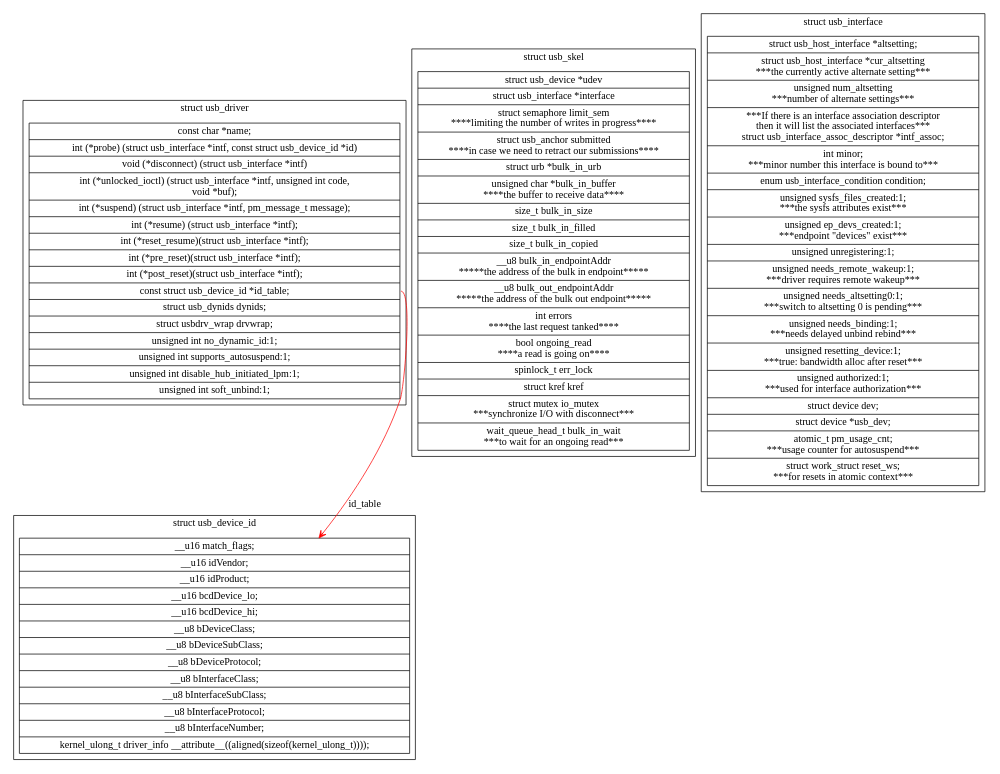
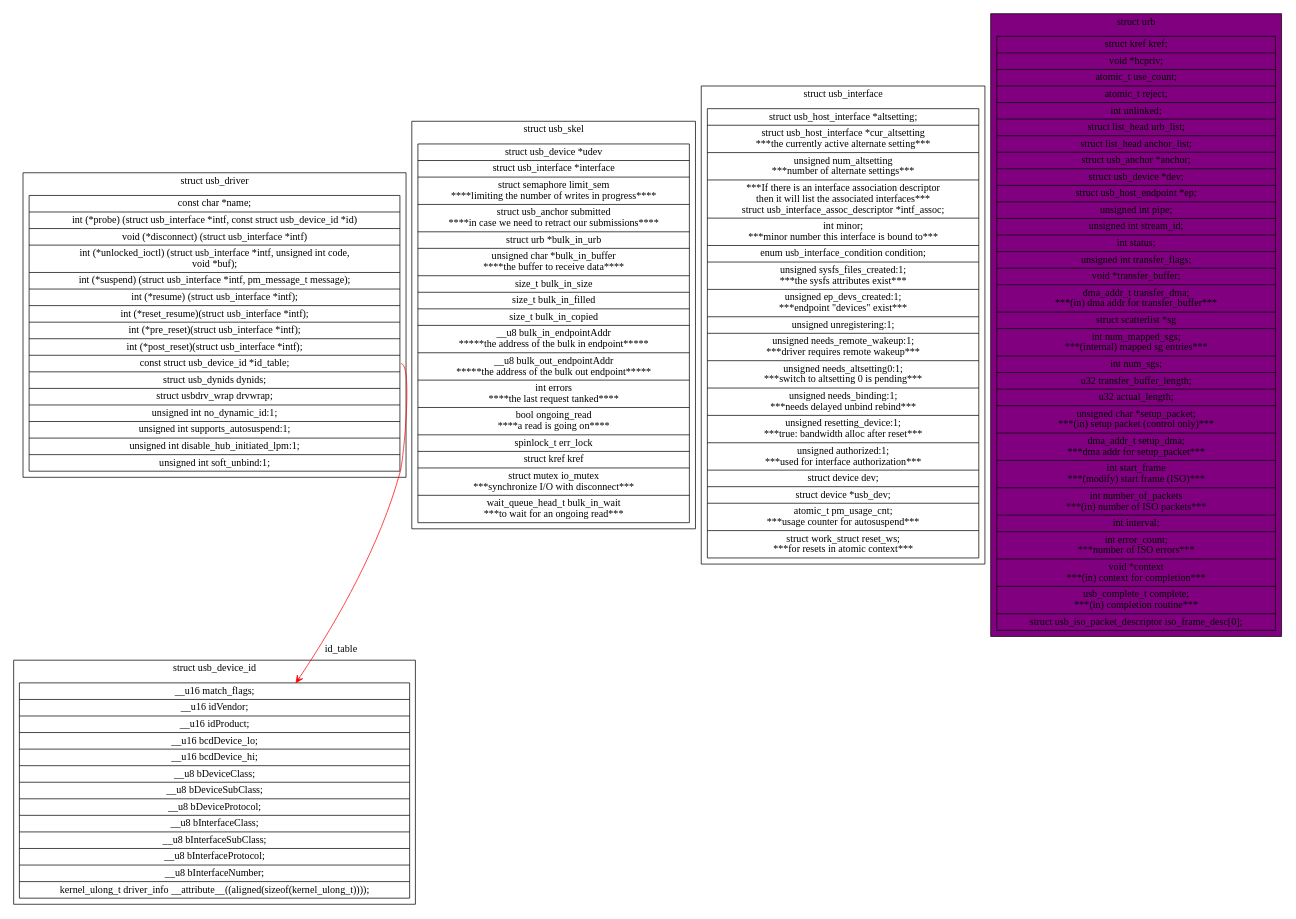
Before and after one commit to YsuXia/Debian-Learning: the diagram in graphviz/usb/usb.dot, drawn with Graphviz. The commit also changed 2 other files, not shown here.

Commit message:
usb learning

```diff
--- a/graphviz/usb/usb.dot
+++ b/graphviz/usb/usb.dot
@@ -1,102 +1,139 @@
 digraph usb{
 
 	node[shape=record];
 	subgraph cluster_struct_usb_driver{
 		label="struct usb_driver";
 		"struct usb_driver"[label="{
     const char *name;|
     int (*probe) (struct usb_interface *intf, const struct usb_device_id *id)|
     void (*disconnect) (struct usb_interface *intf)|
     int (*unlocked_ioctl) (struct usb_interface *intf, unsigned int code,\n
             void *buf);|
     int (*suspend) (struct usb_interface *intf, pm_message_t message);|
     int (*resume) (struct usb_interface *intf);|
     int (*reset_resume)(struct usb_interface *intf);|
 
     int (*pre_reset)(struct usb_interface *intf);|
     int (*post_reset)(struct usb_interface *intf);|
 
     <table>const struct usb_device_id *id_table;|
 
     struct usb_dynids dynids;|
     struct usbdrv_wrap drvwrap;|
     unsigned int no_dynamic_id:1;|
     unsigned int supports_autosuspend:1;|
     unsigned int disable_hub_initiated_lpm:1;|
     unsigned int soft_unbind:1;
 	}"];
 	};
 
 	subgraph cluster_struct_usb_device_id{
 		label="struct usb_device_id";
 		"struct usb_device_id"[label="{
 	__u16       match_flags;|
     __u16       idVendor;|
     __u16       idProduct;|
     __u16       bcdDevice_lo;|
     __u16       bcdDevice_hi;|
     __u8        bDeviceClass;|
     __u8        bDeviceSubClass;|
     __u8        bDeviceProtocol;|
     __u8        bInterfaceClass;|
     __u8        bInterfaceSubClass;|
     __u8        bInterfaceProtocol;|
     __u8        bInterfaceNumber;|
     kernel_ulong_t  driver_info __attribute__((aligned(sizeof(kernel_ulong_t))));
 	}"];
 	}
 	"struct usb_driver":table->"struct usb_device_id"[arrowhead=open color=red label="id_table"];
 
 	subgraph cluster_struct_usb_skel{
 		label="struct usb_skel";
 		"struct usb_skel"[label="{
 		struct usb_device   *udev|
     	struct usb_interface    *interface|
     	struct semaphore    limit_sem\n
     	****limiting the number of writes in progress****|
     	struct usb_anchor   submitted\n
 		****in case we need to retract our submissions****|
     	struct urb      *bulk_in_urb|
     	unsigned char           *bulk_in_buffer\n
 		****the buffer to receive data****|
     	size_t          bulk_in_size|
     	size_t          bulk_in_filled|
     	size_t          bulk_in_copied|
     	__u8            bulk_in_endpointAddr\n *****the address of the bulk in endpoint*****|
     	__u8            bulk_out_endpointAddr\n*****the address of the bulk out endpoint*****|
     	int         errors\n****the last request tanked****|
     	bool            ongoing_read\n****a read is going on****|
     	spinlock_t      err_lock|
     	struct kref     kref|
     	struct mutex        io_mutex\n***synchronize I/O with disconnect***|
     	wait_queue_head_t   bulk_in_wait\n***to wait for an ongoing read***
 	}"];
     }
 
    subgraph cluster_struct_usb_interface{
 		label="struct usb_interface";
 		"struct usb_interface"[label="{
 	struct usb_host_interface *altsetting;|
     struct usb_host_interface *cur_altsetting\n ***the currently active alternate setting***|
     unsigned num_altsetting\n***number of alternate settings***|
     ***If there is an interface association descriptor\n
     then it will list the associated interfaces***\n
     struct usb_interface_assoc_descriptor *intf_assoc;|
     int minor;\n***minor number this interface is bound to***|
     enum usb_interface_condition condition;|
     unsigned sysfs_files_created:1;\n***the sysfs attributes exist***|
     unsigned ep_devs_created:1;\n***endpoint \"devices\" exist***|
     unsigned unregistering:1;|
     unsigned needs_remote_wakeup:1;\n***driver requires remote wakeup***|
     unsigned needs_altsetting0:1;\n***switch to altsetting 0 is pending***|
     unsigned needs_binding:1;\n***needs delayed unbind rebind***|
     unsigned resetting_device:1;\n***true: bandwidth alloc after reset***|
     unsigned authorized:1;\n***used for interface authorization***|
     struct device dev;|
     struct device *usb_dev;|
     atomic_t pm_usage_cnt;\n***usage counter for autosuspend***|
     struct work_struct reset_ws;\n***for resets in atomic context***
 	}"];
    }
 
+   subgraph cluster_struct_urb{
+		label="struct urb";
+		bgcolor="purple";
+		"struct urb"[label="{
+	struct kref kref;
+    |void *hcpriv;
+    |atomic_t use_count;
+    |atomic_t reject;
+    |int unlinked;
+    |struct list_head urb_list;
+    |struct list_head anchor_list;
+    |struct usb_anchor *anchor;
+    |struct usb_device *dev;
+    |struct usb_host_endpoint *ep;
+    |unsigned int pipe;
+    |unsigned int stream_id;
+    |int status;
+    |unsigned int transfer_flags;
+    |void *transfer_buffer;
+    |dma_addr_t transfer_dma;\n***(in) dma addr for transfer_buffer***
+    |struct scatterlist *sg
+    |int num_mapped_sgs;\n ***(internal) mapped sg entries***
+    |int num_sgs;
+    |u32 transfer_buffer_length;
+    |u32 actual_length;
+    |unsigned char *setup_packet;\n***(in) setup packet (control only)***
+    |dma_addr_t setup_dma;\n ***dma addr for setup_packet***
+    |int start_frame\n ***(modify) start frame (ISO)***
+    |int number_of_packets\n ***(in) number of ISO packets***
+    |int interval;
+    |int error_count;\n ***number of ISO errors***
+    |void *context\n***(in) context for completion***
+    |usb_complete_t complete;\n ***(in) completion routine***
+    |struct usb_iso_packet_descriptor iso_frame_desc\[0\];
+	}"];
+   }
+
 }
```
